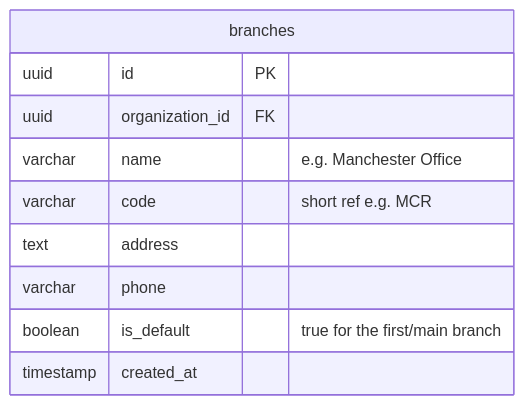
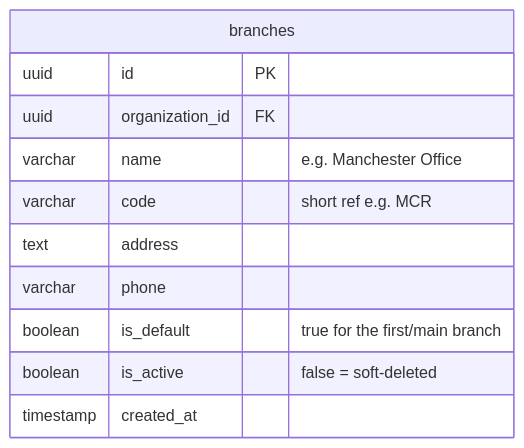
Before and after one commit to Jhay1413/travana-V2: the second of 22 diagrams in SAAS_MULTITENANCY_PLAN.md, drawn with Mermaid. The commit also changed other lines of this file and 1 other file, not shown here.

First line of the commit message:
Update database schema to support multi-tenancy and branch management

````diff
--- a/SAAS_MULTITENANCY_PLAN.md
+++ b/SAAS_MULTITENANCY_PLAN.md
@@ -65,13 +65,14 @@
 ```mermaid
 erDiagram
     branches {
         uuid      id PK
         uuid      organization_id FK
         varchar   name             "e.g. Manchester Office"
         varchar   code             "short ref e.g. MCR"
         text      address
         varchar   phone
         boolean   is_default       "true for the first/main branch"
+        boolean   is_active        "false = soft-deleted"
         timestamp created_at
     }
 ```
````
